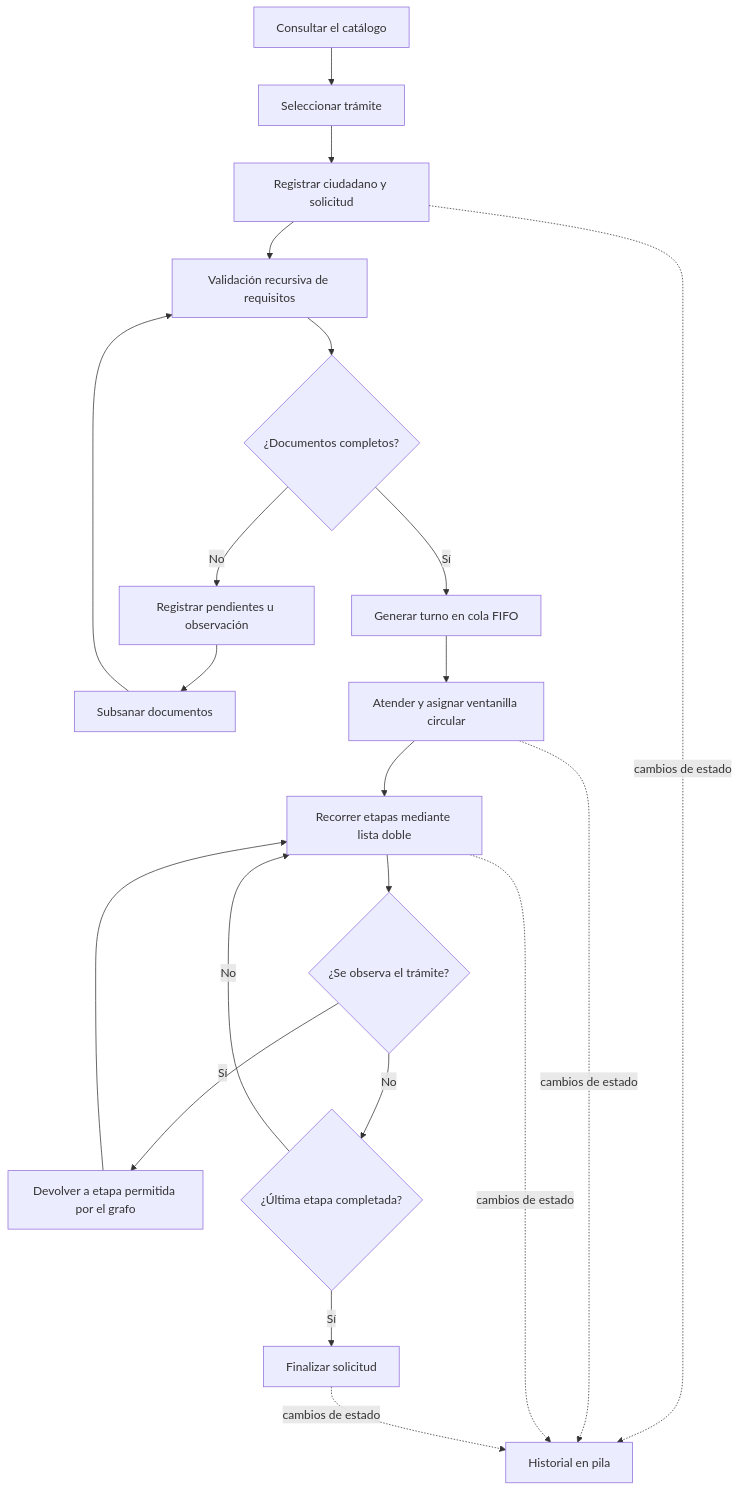
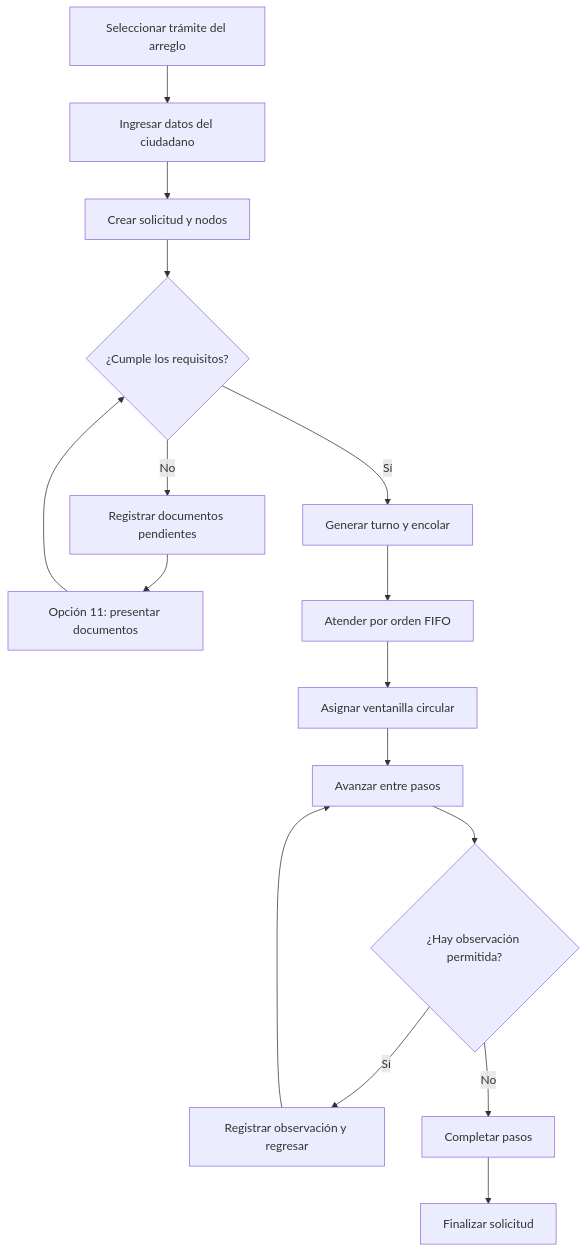
The second of 4 diagrams in TramiteAgil/README.md (asafnerdrm-coder/Proyecto_Final_Integrador_4), drawn with Mermaid before and after one commit. The commit also changed other lines of this file, not shown here.

````diff
--- a/TramiteAgil/README.md
+++ b/TramiteAgil/README.md
@@ -206,23 +225,18 @@
 ```mermaid
 flowchart TD
-    A[Consultar el catálogo] --> B[Seleccionar trámite]
-    B --> C[Registrar ciudadano y solicitud]
-    C --> D[Validación recursiva de requisitos]
-    D --> E{¿Documentos completos?}
-    E -- No --> F[Registrar pendientes u observación]
-    F --> G[Subsanar documentos]
-    G --> D
-    E -- Sí --> H[Generar turno en cola FIFO]
-    H --> I[Atender y asignar ventanilla circular]
-    I --> J[Recorrer etapas mediante lista doble]
-    J --> K{¿Se observa el trámite?}
-    K -- Sí --> L[Devolver a etapa permitida por el grafo]
+    A[Seleccionar trámite del arreglo] --> B[Ingresar datos del ciudadano]
+    B --> C[Crear solicitud y nodos]
+    C --> D{¿Cumple los requisitos?}
+    D -- No --> E[Registrar documentos pendientes]
+    E --> F[Opción 11: presentar documentos]
+    F --> D
+    D -- Sí --> G[Generar turno y encolar]
+    G --> H[Atender por orden FIFO]
+    H --> I[Asignar ventanilla circular]
+    I --> J[Avanzar entre pasos]
+    J --> K{¿Hay observación permitida?}
+    K -- Sí --> L[Registrar observación y regresar]
     L --> J
-    K -- No --> M{¿Última etapa completada?}
-    M -- No --> J
-    M -- Sí --> N[Finalizar solicitud]
-    C -. cambios de estado .-> P[Historial en pila]
-    I -. cambios de estado .-> P
-    J -. cambios de estado .-> P
-    N -. cambios de estado .-> P
+    K -- No --> M[Completar pasos]
+    M --> N[Finalizar solicitud]
 ```
````
